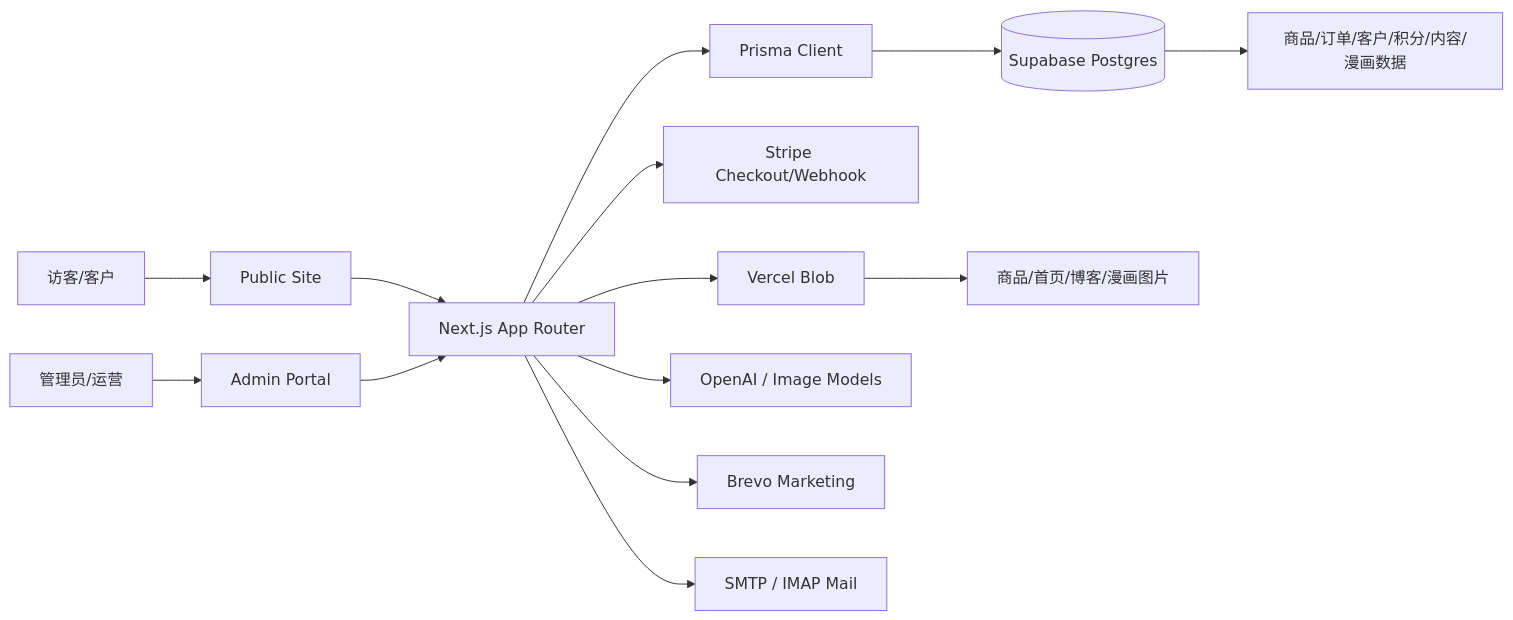
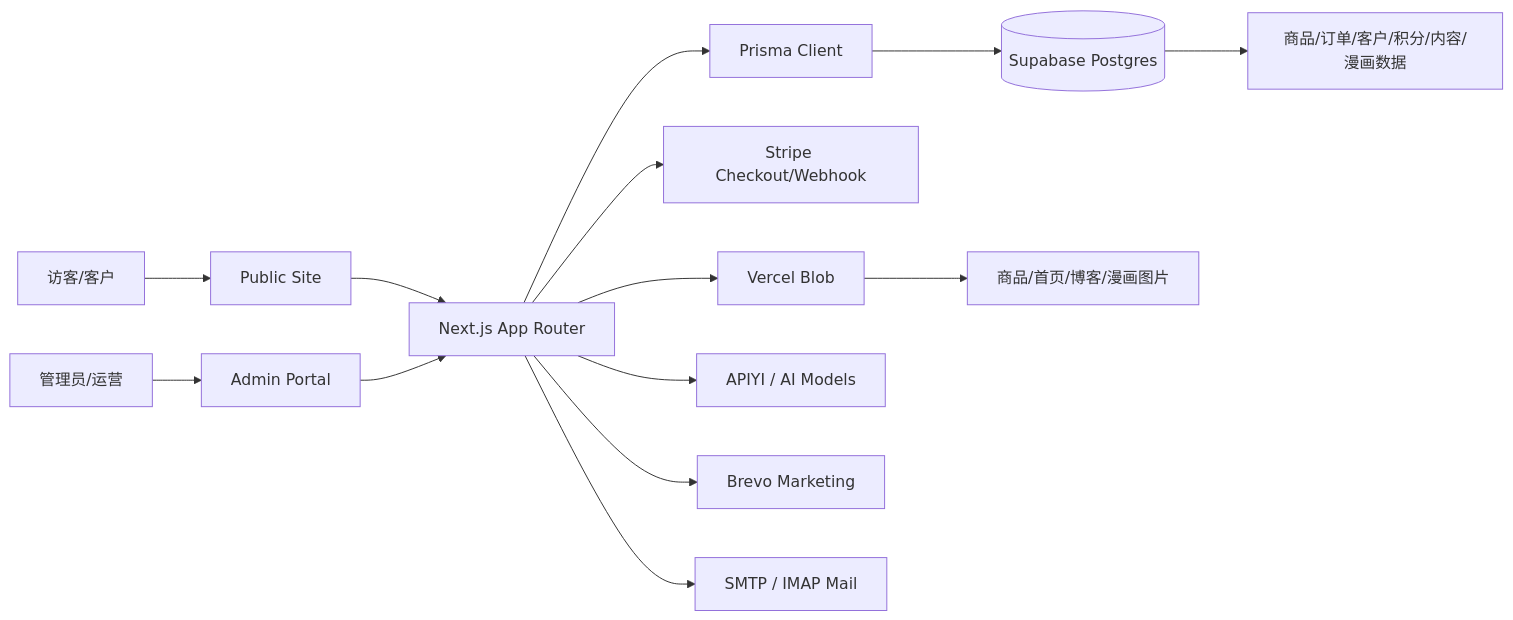
The first of 9 diagrams in architecture.md (rappizo/neatique), drawn with Mermaid before and after one commit. The commit also changed other lines of this file and 34 other files, not shown here.

````diff
--- a/architecture.md
+++ b/architecture.md
@@ -11,20 +11,20 @@
 ```mermaid
 flowchart LR
   Visitor[访客/客户] --> PublicSite[Public Site]
   AdminUser[管理员/运营] --> AdminPortal[Admin Portal]
 
   PublicSite --> NextApp[Next.js App Router]
   AdminPortal --> NextApp
 
   NextApp --> Prisma[Prisma Client]
   Prisma --> Supabase[(Supabase Postgres)]
 
   NextApp --> Stripe[Stripe Checkout/Webhook]
   NextApp --> Blob[Vercel Blob]
-  NextApp --> OpenAI[OpenAI / Image Models]
+  NextApp --> APIYI[APIYI / AI Models]
   NextApp --> Brevo[Brevo Marketing]
   NextApp --> SMTP[SMTP / IMAP Mail]
 
   Blob --> Images[商品/首页/博客/漫画图片]
   Supabase --> Data[商品/订单/客户/积分/内容/漫画数据]
 ```
````
